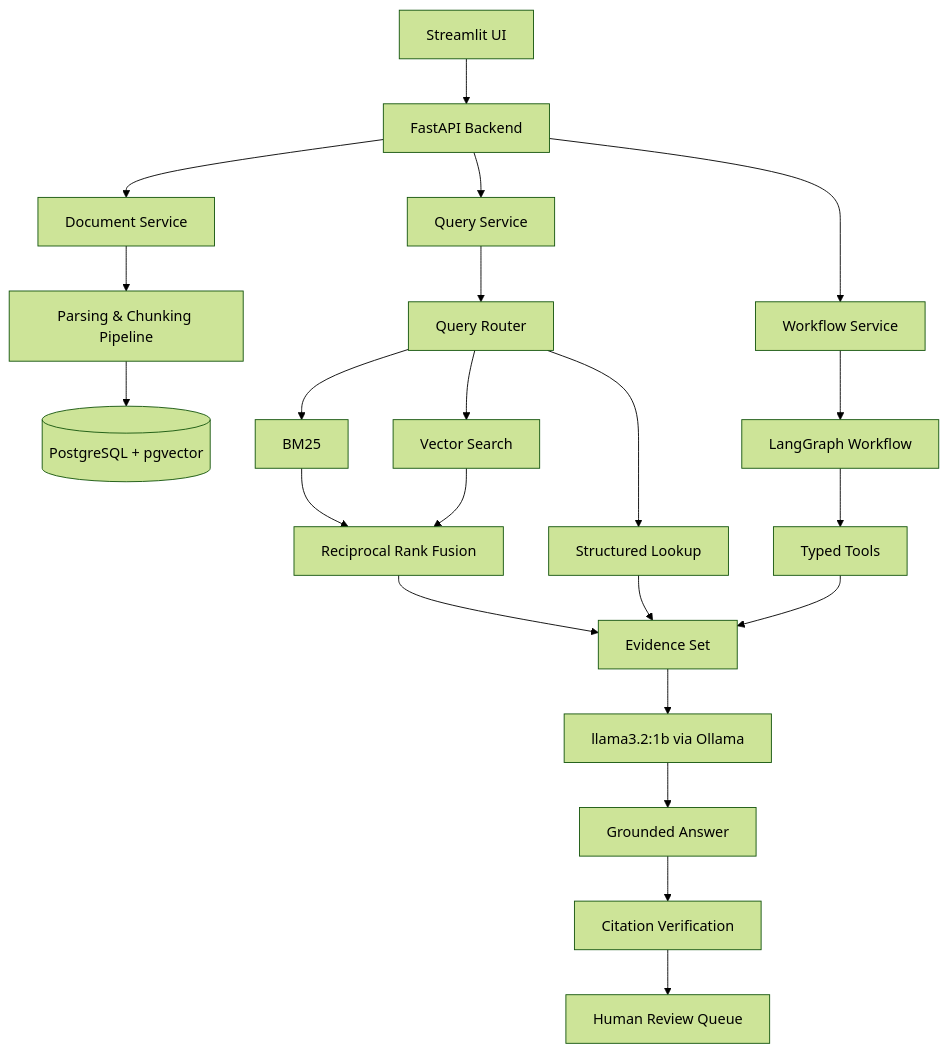
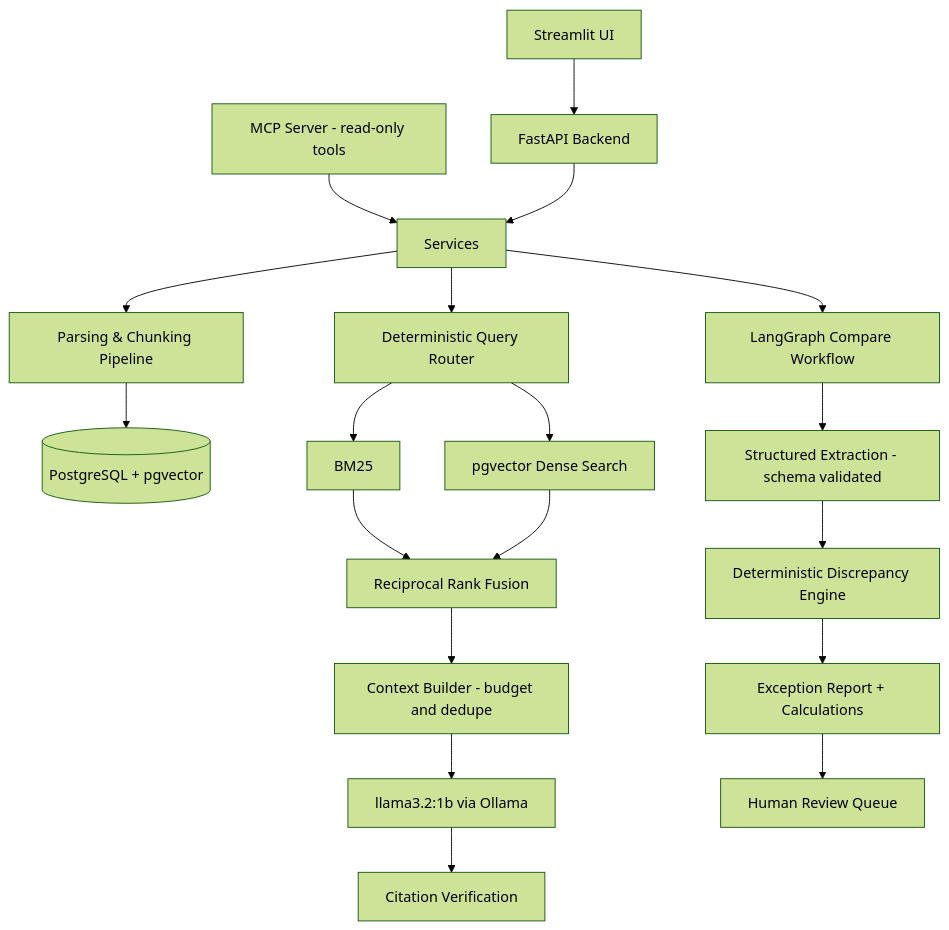
One commit to trongjhuongwr/Local_Document_Intelligence_Platform changed the diagram in README.md. Above: the diagram before and after it, drawn with Mermaid (forest theme). The commit also changed other lines of this file and 35 other files, not shown here.

Commit message:
Extraction quality: required-string constrained decoding, document-first v2 prompts, single-field repair pass, lenient normalisers; minimalist Streamlit UI (5 screens)

````diff
--- a/README.md
+++ b/README.md
@@ -15,24 +31,21 @@
 ```mermaid
 flowchart TD
     UI[Streamlit UI] --> API[FastAPI Backend]
-    API --> DOC[Document Service]
-    API --> QRY[Query Service]
-    API --> WF[Workflow Service]
-    DOC --> PARSE[Parsing & Chunking Pipeline]
-    PARSE --> PG[(PostgreSQL + pgvector)]
-    QRY --> ROUTER[Query Router]
-    ROUTER --> BM25[BM25]
-    ROUTER --> VEC[Vector Search]
-    ROUTER --> SQL[Structured Lookup]
-    BM25 --> FUSE[Reciprocal Rank Fusion]
-    VEC --> FUSE
-    WF --> LG[LangGraph Workflow]
-    LG --> TOOLS[Typed Tools]
-    FUSE --> EVID[Evidence Set]
-    SQL --> EVID
-    TOOLS --> EVID
-    EVID --> LLM[llama3.2:1b via Ollama]
-    LLM --> ANS[Grounded Answer]
-    ANS --> CITE[Citation Verification]
-    CITE --> REVIEW[Human Review Queue]
+    MCP[MCP Server - read-only tools] --> SVC
+    API --> SVC[Services]
+    SVC --> ING[Parsing & Chunking Pipeline]
+    ING --> PG[(PostgreSQL + pgvector)]
+    SVC --> ROUTE[Deterministic Query Router]
+    ROUTE --> BM25[BM25]
+    ROUTE --> VEC[pgvector Dense Search]
+    BM25 --> RRF[Reciprocal Rank Fusion]
+    VEC --> RRF
+    RRF --> CTX[Context Builder - budget and dedupe]
+    CTX --> LLM[llama3.2:1b via Ollama]
+    LLM --> VERIFY[Citation Verification]
+    SVC --> WF[LangGraph Compare Workflow]
+    WF --> EXTRACT[Structured Extraction - schema validated]
+    EXTRACT --> RULES[Deterministic Discrepancy Engine]
+    RULES --> REPORT[Exception Report + Calculations]
+    REPORT --> REVIEW[Human Review Queue]
 ```
````
